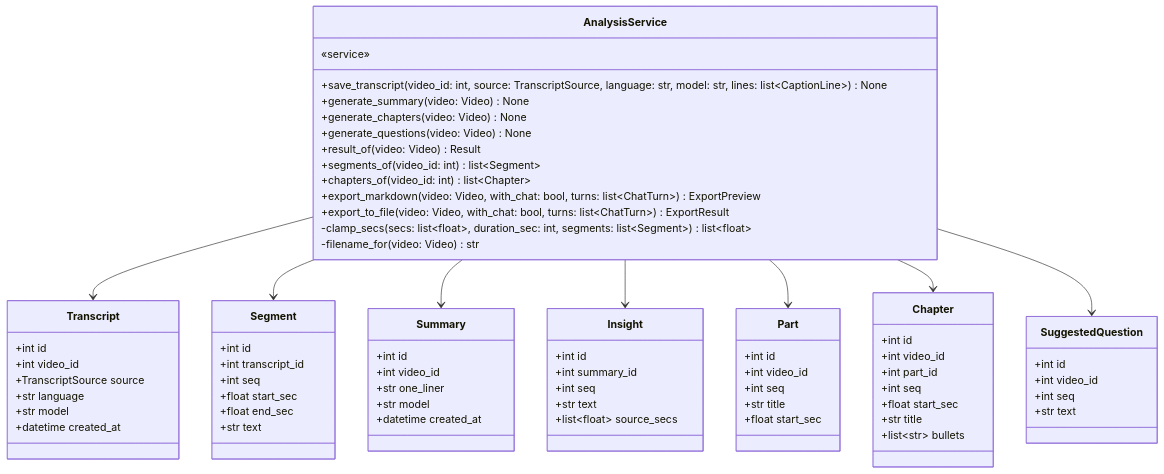
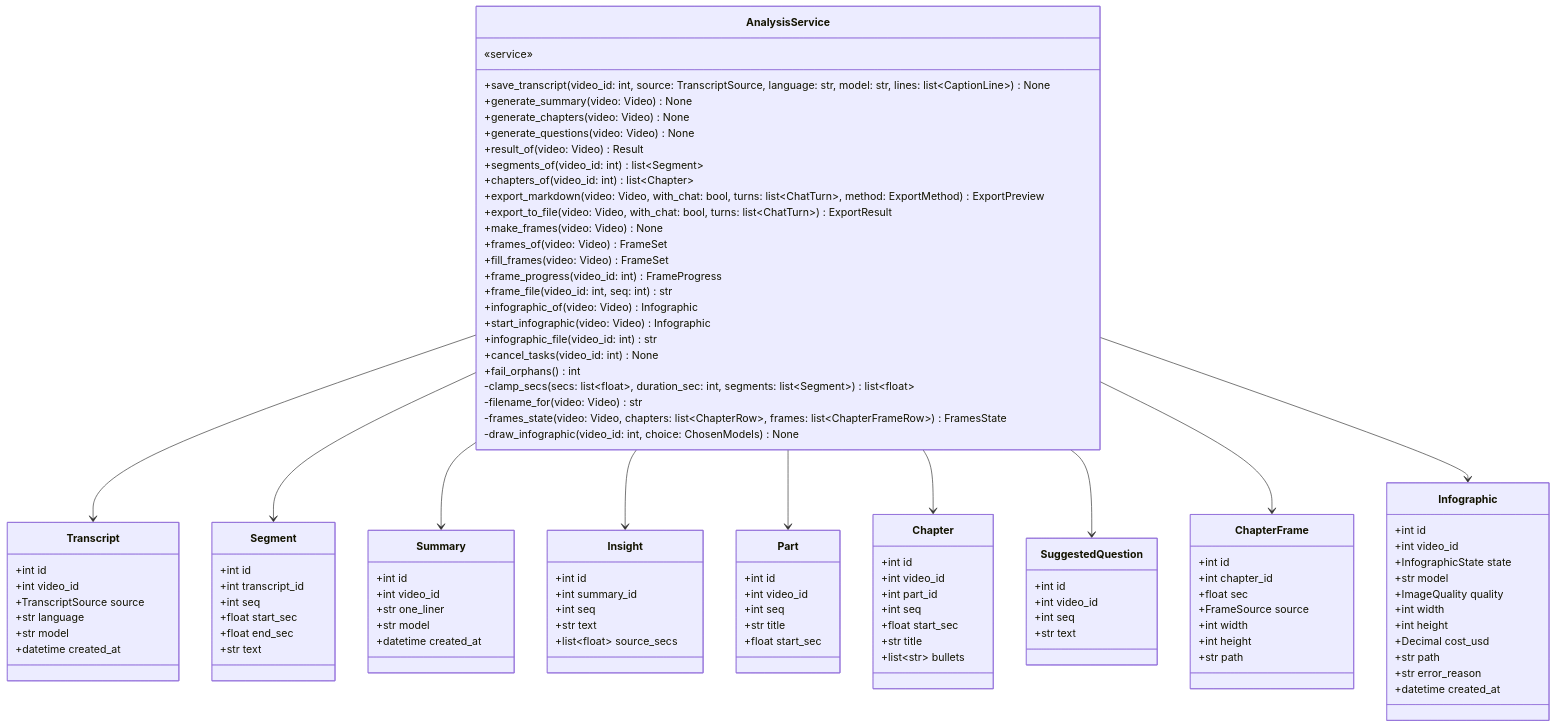
Diagram 18 of 20 in docs/specs/06-DOM/VA-DOM-002.md (HoyoungParkme/video-agent), drawn with Mermaid before and after one commit. The commit also changed other lines of this file, not shown here.

````diff
--- a/docs/specs/06-DOM/VA-DOM-002.md
+++ b/docs/specs/06-DOM/VA-DOM-002.md
@@ -808,10 +925,22 @@
         +result_of(video: Video) Result
         +segments_of(video_id: int) list~Segment~
         +chapters_of(video_id: int) list~Chapter~
-        +export_markdown(video: Video, with_chat: bool, turns: list~ChatTurn~) ExportPreview
+        +export_markdown(video: Video, with_chat: bool, turns: list~ChatTurn~, method: ExportMethod) ExportPreview
         +export_to_file(video: Video, with_chat: bool, turns: list~ChatTurn~) ExportResult
+        +make_frames(video: Video) None
+        +frames_of(video: Video) FrameSet
+        +fill_frames(video: Video) FrameSet
+        +frame_progress(video_id: int) FrameProgress
+        +frame_file(video_id: int, seq: int) str
+        +infographic_of(video: Video) Infographic
+        +start_infographic(video: Video) Infographic
+        +infographic_file(video_id: int) str
+        +cancel_tasks(video_id: int) None
+        +fail_orphans() int
         -clamp_secs(secs: list~float~, duration_sec: int, segments: list~Segment~) list~float~
         -filename_for(video: Video) str
+        -frames_state(video: Video, chapters: list~ChapterRow~, frames: list~ChapterFrameRow~) FramesState
+        -draw_infographic(video_id: int, choice: ChosenModels) None
     }
     class Transcript {
         +int id
@@ -865,6 +994,28 @@
         +int seq
         +str text
     }
+    class ChapterFrame {
+        +int id
+        +int chapter_id
+        +float sec
+        +FrameSource source
+        +int width
+        +int height
+        +str path
+    }
+    class Infographic {
+        +int id
+        +int video_id
+        +InfographicState state
+        +str model
+        +ImageQuality quality
+        +int width
+        +int height
+        +Decimal cost_usd
+        +str path
+        +str error_reason
+        +datetime created_at
+    }
     AnalysisService --> Transcript
     AnalysisService --> Segment
     AnalysisService --> Summary
@@ -872,4 +1023,6 @@
     AnalysisService --> Part
     AnalysisService --> Chapter
     AnalysisService --> SuggestedQuestion
+    AnalysisService --> ChapterFrame
+    AnalysisService --> Infographic
 ```
````
